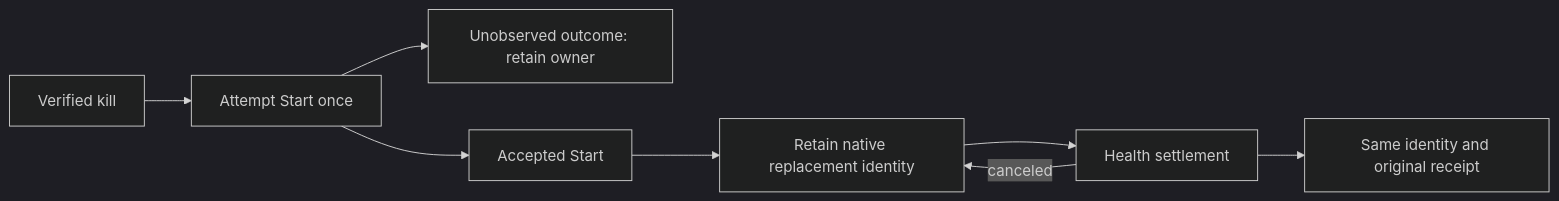
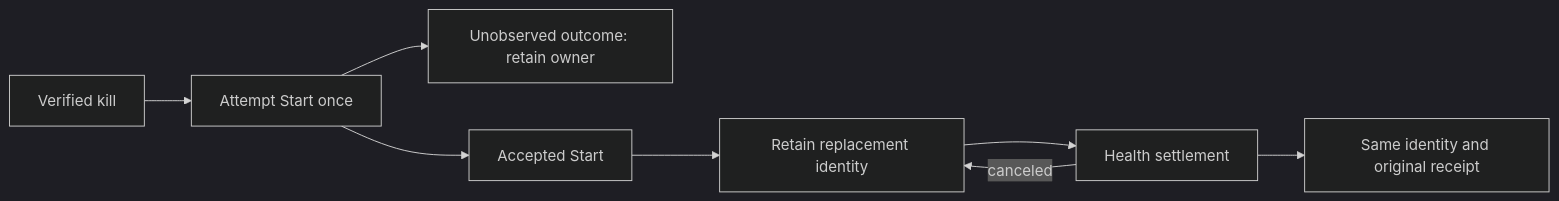
Before and after one commit to managedcode/KeyLoad: the third of 4 diagrams in docs/Features/TestInfrastructure.md, drawn with Mermaid (dark theme). The commit also changed other lines of this file and 9016 other files, not shown here.

````diff
--- a/docs/Features/TestInfrastructure.md
+++ b/docs/Features/TestInfrastructure.md
@@ -262,10 +262,10 @@
 ```mermaid
 flowchart LR
   K[Verified kill] --> A[Attempt Start once]
   A --> U[Unobserved outcome: retain owner]
   A --> S[Accepted Start]
-  S --> I[Retain native replacement identity]
+  S --> I[Retain replacement identity]
   I --> H[Health settlement]
   H -->|canceled| I
   H --> V[Same identity and original receipt]
 ```
````
